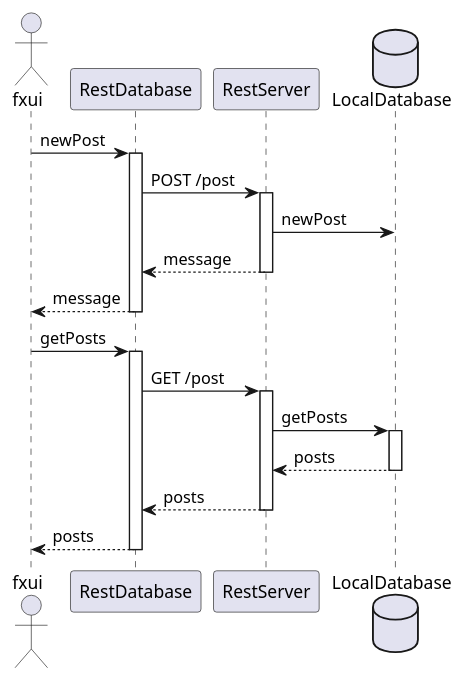
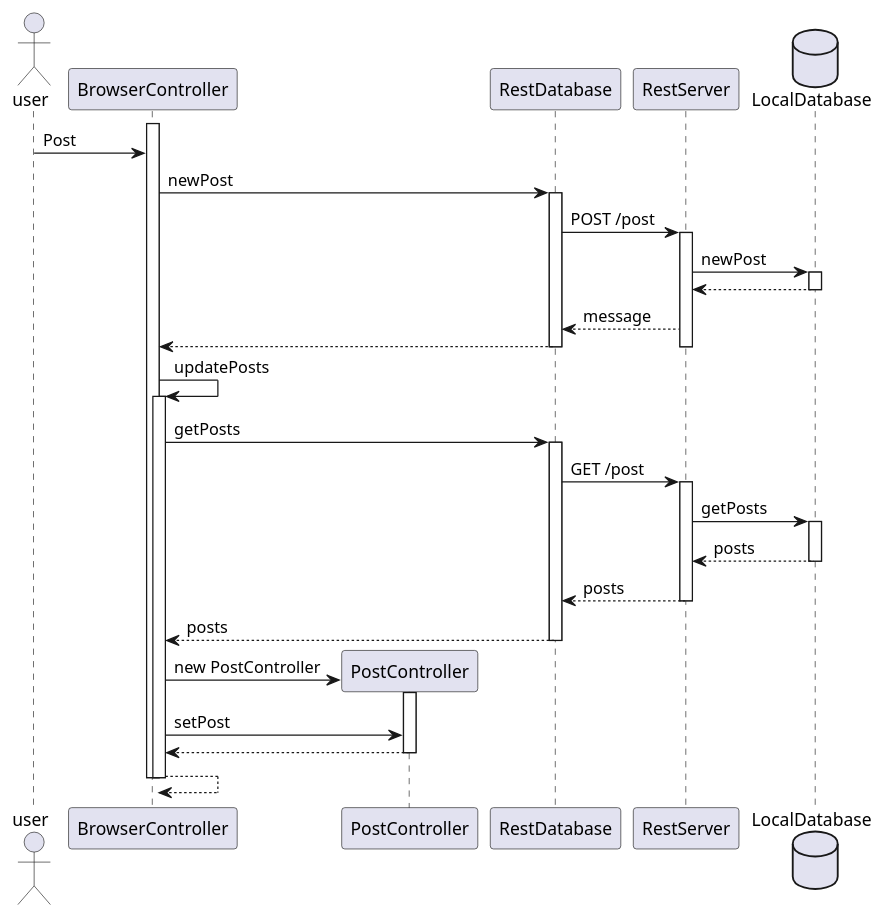
One commit to olepbr/it1901 changed the third of 3 diagrams in mememedb/README.md. Above: the diagram before and after it, drawn with PlantUML. The commit also changed other lines of this file, not shown here.

Commit message:
(#22) extended sequence diagram

````diff
--- a/mememedb/README.md
+++ b/mememedb/README.md
@@ -267,28 +270,42 @@
 ```plantuml
-actor fxui
+actor user
+participant BrowserController
+participant PostController
 participant RestDatabase
 participant RestServer
 database LocalDatabase
 
-fxui -> RestDatabase: newPost
+activate BrowserController
+user -> BrowserController: Post
+BrowserController -> RestDatabase: newPost
 activate RestDatabase
 RestDatabase -> RestServer: POST /post
 activate RestServer
 RestServer -> LocalDatabase: newPost
+activate LocalDatabase
+return
+deactivate LocalDatabase
 RestDatabase <-- RestServer: message
+return
 deactivate RestServer
-fxui <-- RestDatabase: message
 deactivate RestDatabase
-fxui -> RestDatabase: getPosts
+BrowserController -> BrowserController ++: updatePosts
+BrowserController -> RestDatabase: getPosts
 activate RestDatabase
 RestDatabase -> RestServer: GET /post
 activate RestServer
 RestServer -> LocalDatabase: getPosts
 activate LocalDatabase
 RestServer <-- LocalDatabase: posts
 deactivate LocalDatabase
 RestDatabase <-- RestServer: posts
 deactivate RestServer
-fxui <-- RestDatabase: posts
+BrowserController <-- RestDatabase: posts
 deactivate RestDatabase
+BrowserController -> PostController ** : new PostController
+activate PostController
+BrowserController -> PostController: setPost
+return
+return
+deactivate BrowserController
 ```
````
